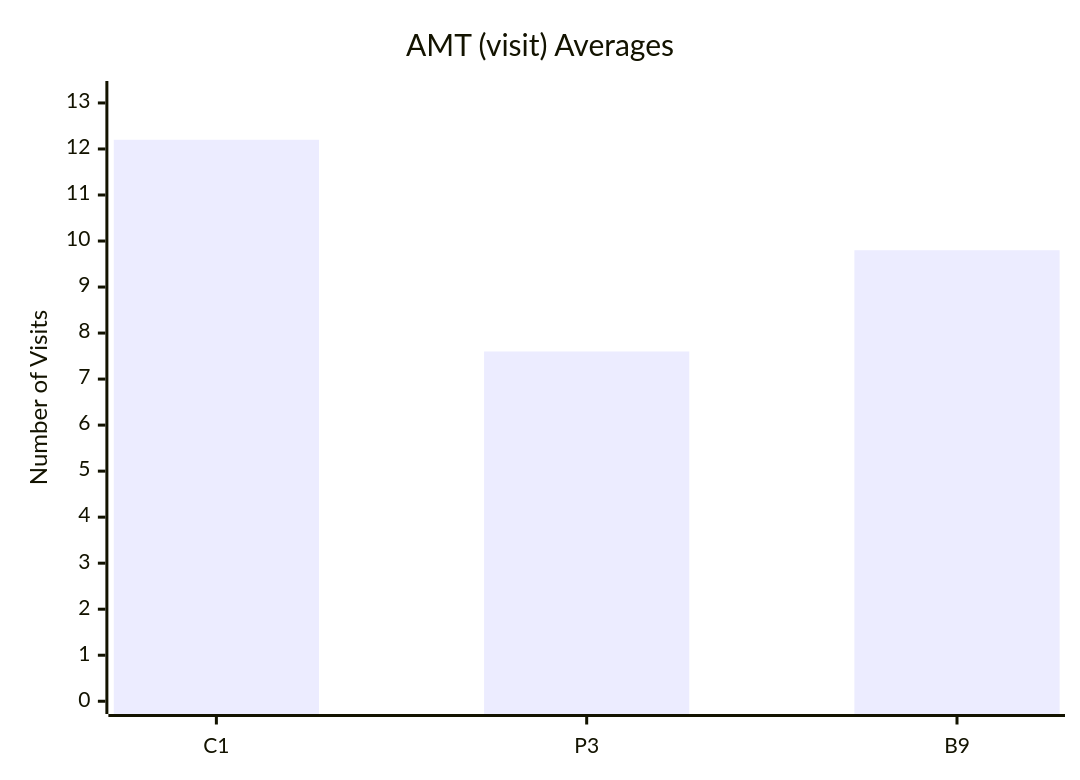
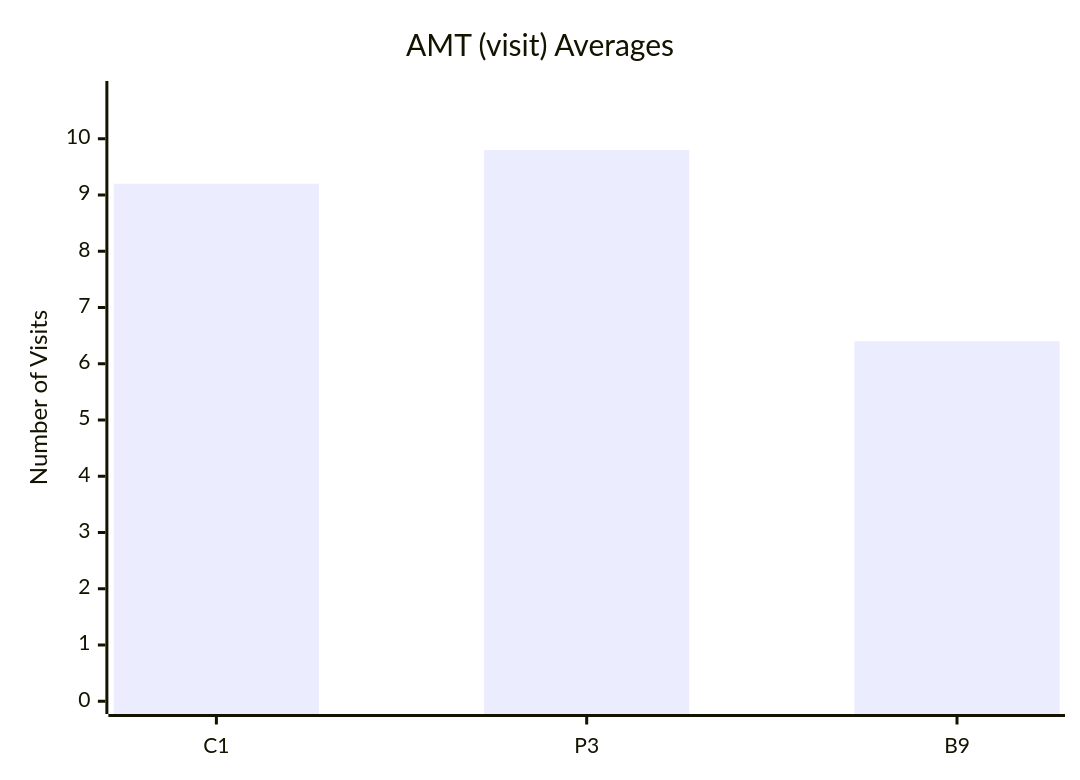
One commit to dhagan-va/intern-2025 changed the tenth of 10 diagrams in test-tools/DataGen/src/Statistics_Visualizer.md. Above: the diagram before and after it, drawn with Mermaid. The commit also changed other lines of this file and 3 other files, not shown here.

````diff
--- a/test-tools/DataGen/src/Statistics_Visualizer.md
+++ b/test-tools/DataGen/src/Statistics_Visualizer.md
@@ -105,7 +105,7 @@
 ```mermaid
 xychart-beta
     title "AMT (visit) Averages"
     x-axis ["C1", "P3", "B9"]
-    y-axis "Number of Visits" 0 --> 13.2
-    bar [12.2, 7.6, 9.8]
+    y-axis "Number of Visits" 0 --> 10.8
+    bar [9.2, 9.8, 6.4]
 ```
````
